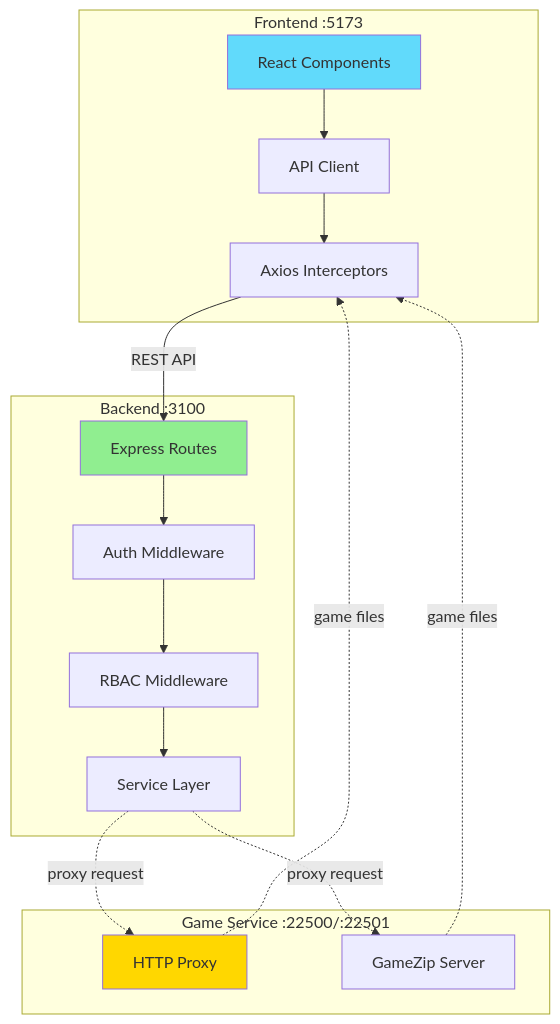
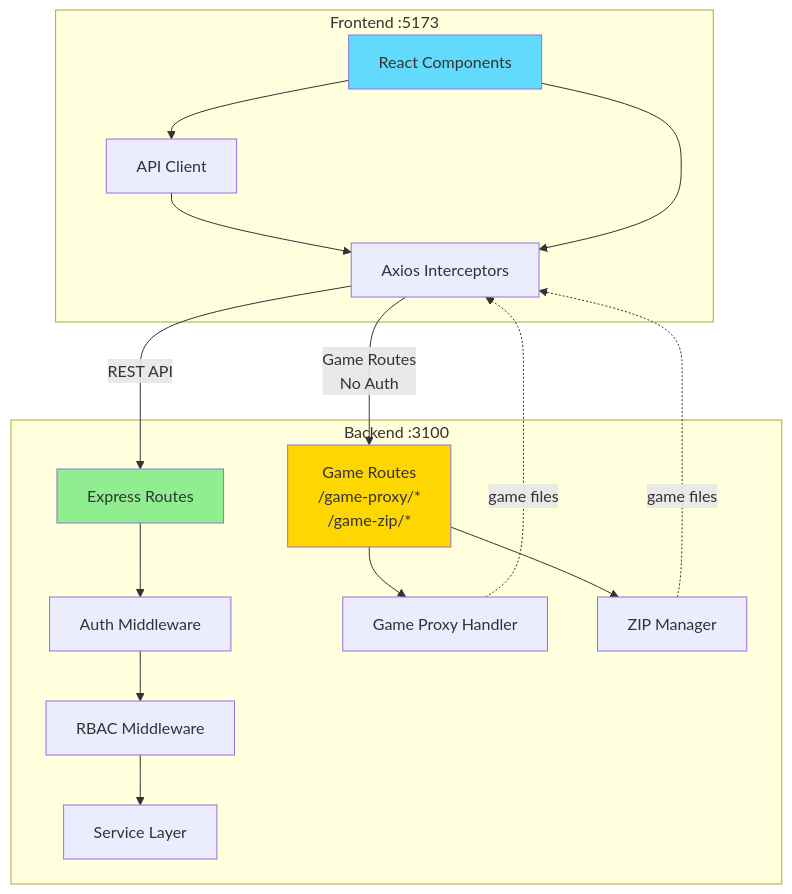
One commit to darkraise/flashpoint-web changed the first of 2 diagrams in docs/02-architecture/service-communication.md. Above: the diagram before and after it, drawn with Mermaid. The commit also changed other lines of this file and 252 other files, not shown here.

````diff
--- a/docs/02-architecture/service-communication.md
+++ b/docs/02-architecture/service-communication.md
@@ -10,37 +11,37 @@
 ```mermaid
 graph TB
     subgraph "Frontend :5173"
         UI[React Components]
         API[API Client]
         Interceptor[Axios Interceptors]
     end
 
     subgraph "Backend :3100"
         Routes[Express Routes]
+        GameRoutes[Game Routes<br/>/game-proxy/*<br/>/game-zip/*]
         Auth[Auth Middleware]
         RBAC[RBAC Middleware]
         Services[Service Layer]
-    end
-
-    subgraph "Game Service :22500/:22501"
-        Proxy[HTTP Proxy]
-        ZipServer[GameZip Server]
+        GameProxy[Game Proxy Handler]
+        ZipManager[ZIP Manager]
     end
 
     UI --> API
     API --> Interceptor
     Interceptor -->|REST API| Routes
     Routes --> Auth
     Auth --> RBAC
     RBAC --> Services
 
-    Services -.proxy request.-> Proxy
-    Services -.proxy request.-> ZipServer
+    UI --> Interceptor
+    Interceptor -->|Game Routes<br/>No Auth| GameRoutes
+    GameRoutes --> GameProxy
+    GameRoutes --> ZipManager
 
-    Proxy -.game files.-> Interceptor
-    ZipServer -.game files.-> Interceptor
+    GameProxy -.game files.-> Interceptor
+    ZipManager -.game files.-> Interceptor
 
     style UI fill:#61dafb
     style Routes fill:#90ee90
-    style Proxy fill:#ffd700
+    style GameRoutes fill:#ffd700
 ```
````
